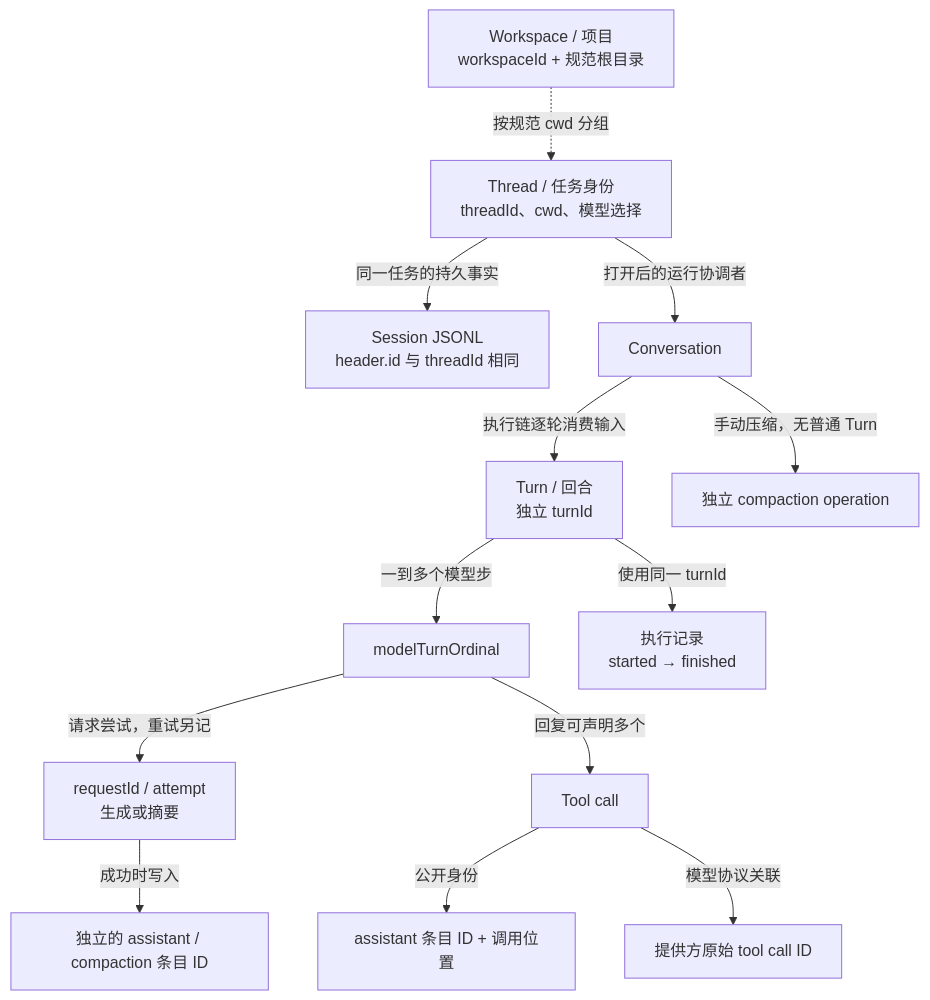
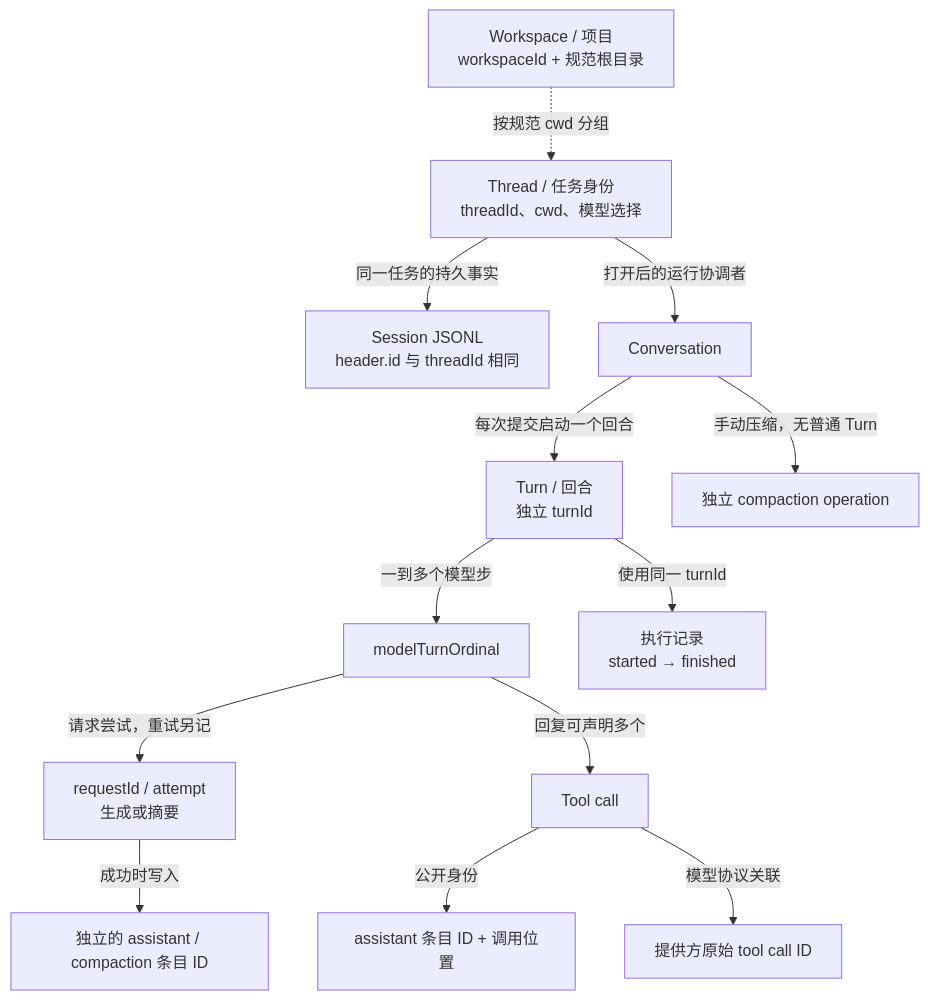
One commit to qjcnmd/singularity-agent changed the fourth of 28 diagrams in docs/architecture.md. Above: the diagram before and after it, drawn with Mermaid. The commit also changed other lines of this file and 38 other files, not shown here.

````diff
--- a/docs/architecture.md
+++ b/docs/architecture.md
@@ -117,15 +117,15 @@
 ```mermaid
 flowchart TB
     Workspace["Workspace / 项目<br/>workspaceId + 规范根目录"] -. "按规范 cwd 分组" .-> Thread["Thread / 任务身份<br/>threadId、cwd、模型选择"]
     Thread -->|"同一任务的持久事实"| Session["Session JSONL<br/>header.id 与 threadId 相同"]
     Thread -->|"打开后的运行协调者"| Conversation["Conversation"]
-    Conversation -->|"执行链逐轮消费输入"| Turn["Turn / 回合<br/>独立 turnId"]
+    Conversation -->|"每次提交启动一个回合"| Turn["Turn / 回合<br/>独立 turnId"]
     Turn -->|"一到多个模型步"| Step["modelTurnOrdinal"]
     Step -->|"请求尝试，重试另记"| Request["requestId / attempt<br/>生成或摘要"]
     Request -->|"成功时写入"| Result["独立的 assistant / compaction 条目 ID"]
     Step -->|"回复可声明多个"| Call["Tool call"]
     Call -->|"公开身份"| PublicID["assistant 条目 ID + 调用位置"]
     Call -->|"模型协议关联"| ProviderID["提供方原始 tool call ID"]
     Turn -->|"使用同一 turnId"| Operation["执行记录<br/>started → finished"]
     Conversation -->|"手动压缩，无普通 Turn"| CompactOp["独立 compaction operation"]
 ```
````
